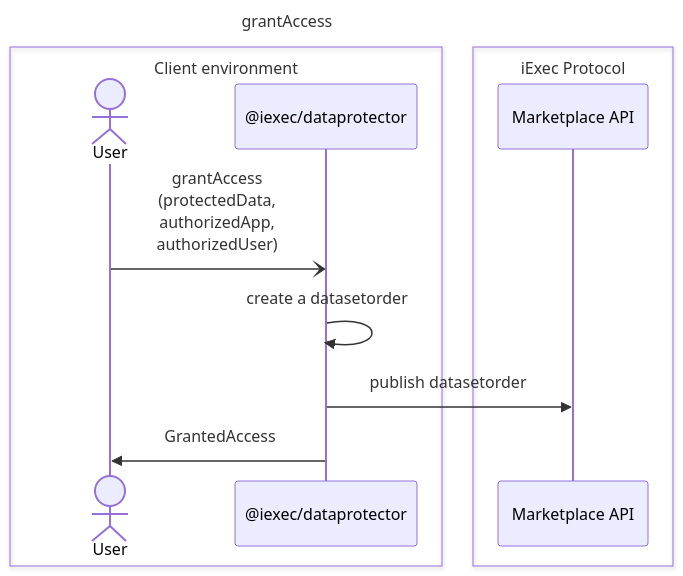
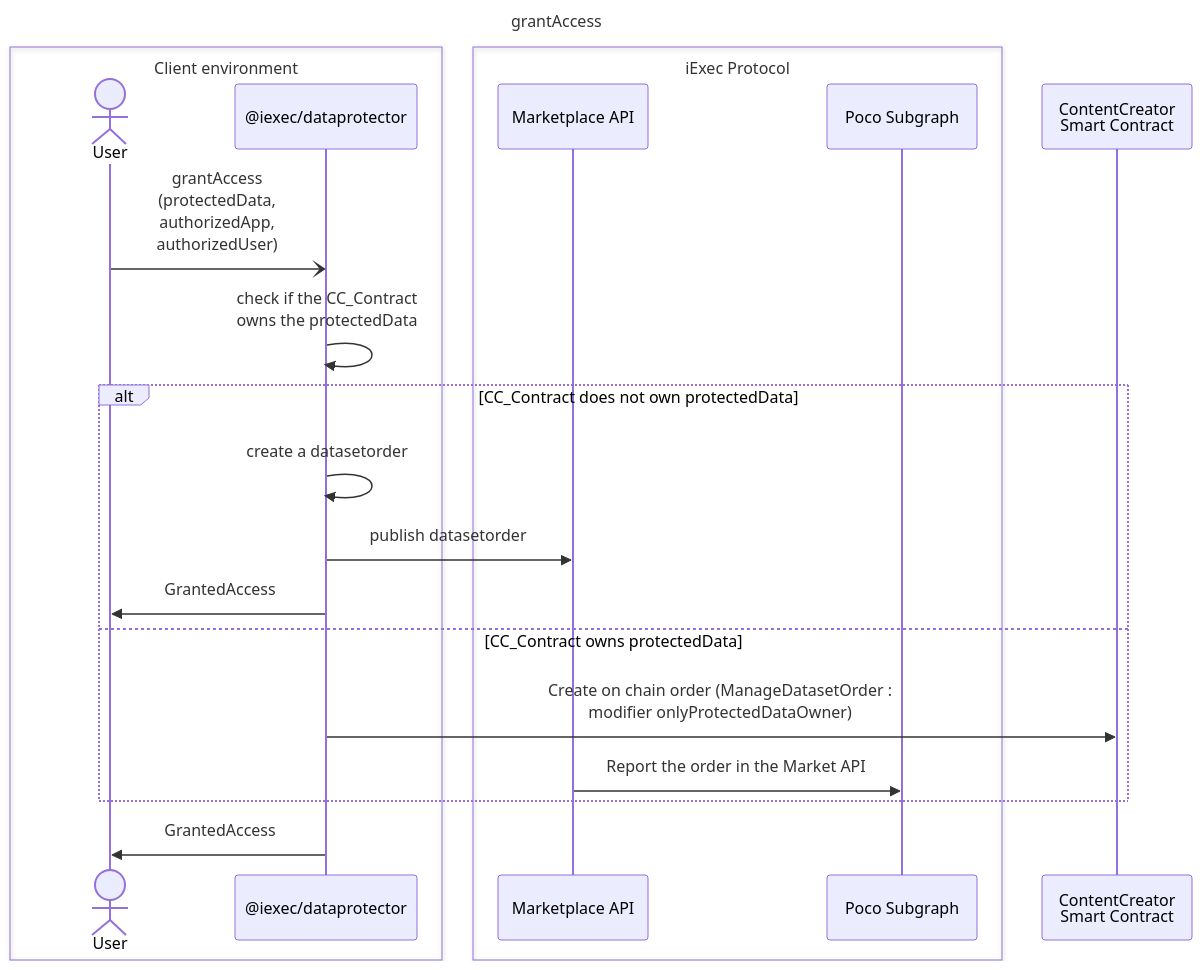
The diagram in technical-design/uml/sequence-grantAccess.md (iExecBlockchainComputing/dataprotector-sdk), drawn with Mermaid before and after one commit.

Commit message:
adapt architecture of grantAccess

````diff
--- a/technical-design/uml/sequence-grantAccess.md
+++ b/technical-design/uml/sequence-grantAccess.md
@@ -3,20 +3,30 @@
 ```mermaid
 sequenceDiagram
     title grantAccess
 
     box Client environment
         actor User
         participant SDK as @iexec/dataprotector
     end
     box iExec Protocol
         participant Market as Marketplace API
+        participant POCOSB as Poco Subgraph
     end
+
+    participant CCSC as ContentCreator <br> Smart Contract
 
     User -) SDK: grantAccess<br>(protectedData,<br>authorizedApp,<br>authorizedUser)
 
-    SDK ->> SDK: create a datasetorder
+    SDK ->> SDK: check if the CC_Contract <br> owns the protectedData
 
-    SDK ->> Market: publish datasetorder
+    alt CC_Contract does not own protectedData
+        SDK ->> SDK: create a datasetorder
+        SDK ->> Market: publish datasetorder
+        SDK ->> User: GrantedAccess
+    else CC_Contract owns protectedData
+        SDK ->> CCSC: Create on chain order (ManageDatasetOrder : <br> modifier onlyProtectedDataOwner)
+        Market ->> POCOSB: Report the order in the Market API
+    end
 
     SDK ->> User: GrantedAccess
 ```
````
